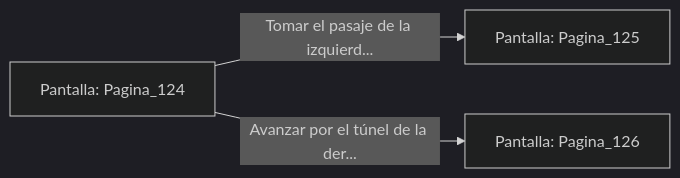
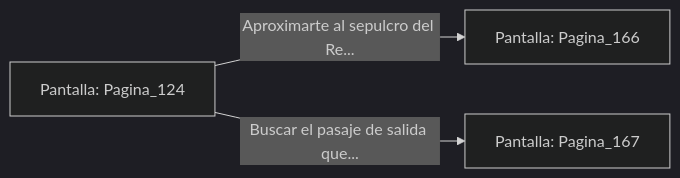
One commit to metsuke/mpl changed the diagram in sample/eligejuego-vault/Pantalla_Pagina_124.md. Above: the diagram before and after it, drawn with Mermaid (dark theme). The commit also changed other lines of this file and 635 other files, not shown here.

First line of the commit message:
fix: añadir Pagina_1 como pantalla inicial en capitulo_01.mpl

````diff
--- a/sample/eligejuego-vault/Pantalla_Pagina_124.md
+++ b/sample/eligejuego-vault/Pantalla_Pagina_124.md
@@ -20,6 +22,6 @@
 ```mermaid
 graph LR
     P_Pagina_124["Pantalla: Pagina_124"]
-    P_Pagina_124 -->|"Tomar el pasaje de la izquierd..."| P_Pagina_125["Pantalla: Pagina_125"]
-    P_Pagina_124 -->|"Avanzar por el túnel de la der..."| P_Pagina_126["Pantalla: Pagina_126"]
+    P_Pagina_124 -->|"Aproximarte al sepulcro del Re..."| P_Pagina_166["Pantalla: Pagina_166"]
+    P_Pagina_124 -->|"Buscar el pasaje de salida que..."| P_Pagina_167["Pantalla: Pagina_167"]
 ```
````
